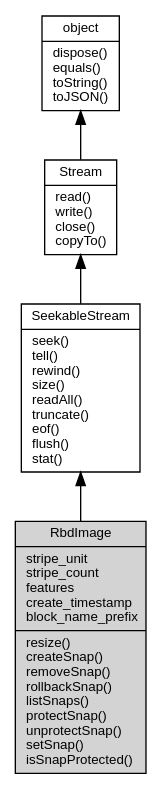
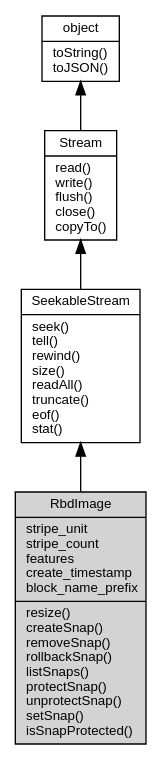
The diagram in docs/object/ifs/RbdImage.md (asionius/fibjs-ceph), drawn with Graphviz before and after one commit. The commit also changed other lines of this file and 138 other files, not shown here.

````diff
--- a/docs/object/ifs/RbdImage.md
+++ b/docs/object/ifs/RbdImage.md
@@ -17,14 +17,14 @@
 ```dot
 digraph {
     node [fontname="Helvetica,sans-Serif", fontsize=10, shape="record", style="filled", fillcolor="white"];
 
-    object [tooltip="object", URL="object.md", label="{object|dispose()\lequals()\ltoString()\ltoJSON()\l}"];
-    Stream [tooltip="Stream", URL="Stream.md", label="{Stream|read()\lwrite()\lclose()\lcopyTo()\l}"];
-    SeekableStream [tooltip="SeekableStream", URL="SeekableStream.md", label="{SeekableStream|seek()\ltell()\lrewind()\lsize()\lreadAll()\ltruncate()\leof()\lflush()\lstat()\l}"];
-    RbdImage [tooltip="RbdImage", fillcolor="lightgray", label="{RbdImage|stripe_unit\lstripe_count\lfeatures\lcreate_timestamp\lblock_name_prefix\l|resize()\lcreateSnap()\lremoveSnap()\lrollbackSnap()\llistSnaps()\lprotectSnap()\lunprotectSnap()\lsetSnap()\lisSnapProtected()\l}"];
+    object [tooltip="object", URL="object.md", label="{object|toString()\ltoJSON()\l}"];
+    Stream [tooltip="Stream", URL="Stream.md", label="{Stream|read()\lwrite()\lflush()\lclose()\lcopyTo()\l}"];
+    SeekableStream [tooltip="SeekableStream", URL="SeekableStream.md", label="{SeekableStream|seek()\ltell()\lrewind()\lsize()\lreadAll()\ltruncate()\leof()\lstat()\l}"];
+    RbdImage [tooltip="RbdImage", fillcolor="lightgray", id="me", label="{RbdImage|stripe_unit\lstripe_count\lfeatures\lcreate_timestamp\lblock_name_prefix\l|resize()\lcreateSnap()\lremoveSnap()\lrollbackSnap()\llistSnaps()\lprotectSnap()\lunprotectSnap()\lsetSnap()\lisSnapProtected()\l}"];
 
     object -> Stream [dir=back];
     Stream -> SeekableStream [dir=back];
     SeekableStream -> RbdImage [dir=back];
 }
 ```
````
